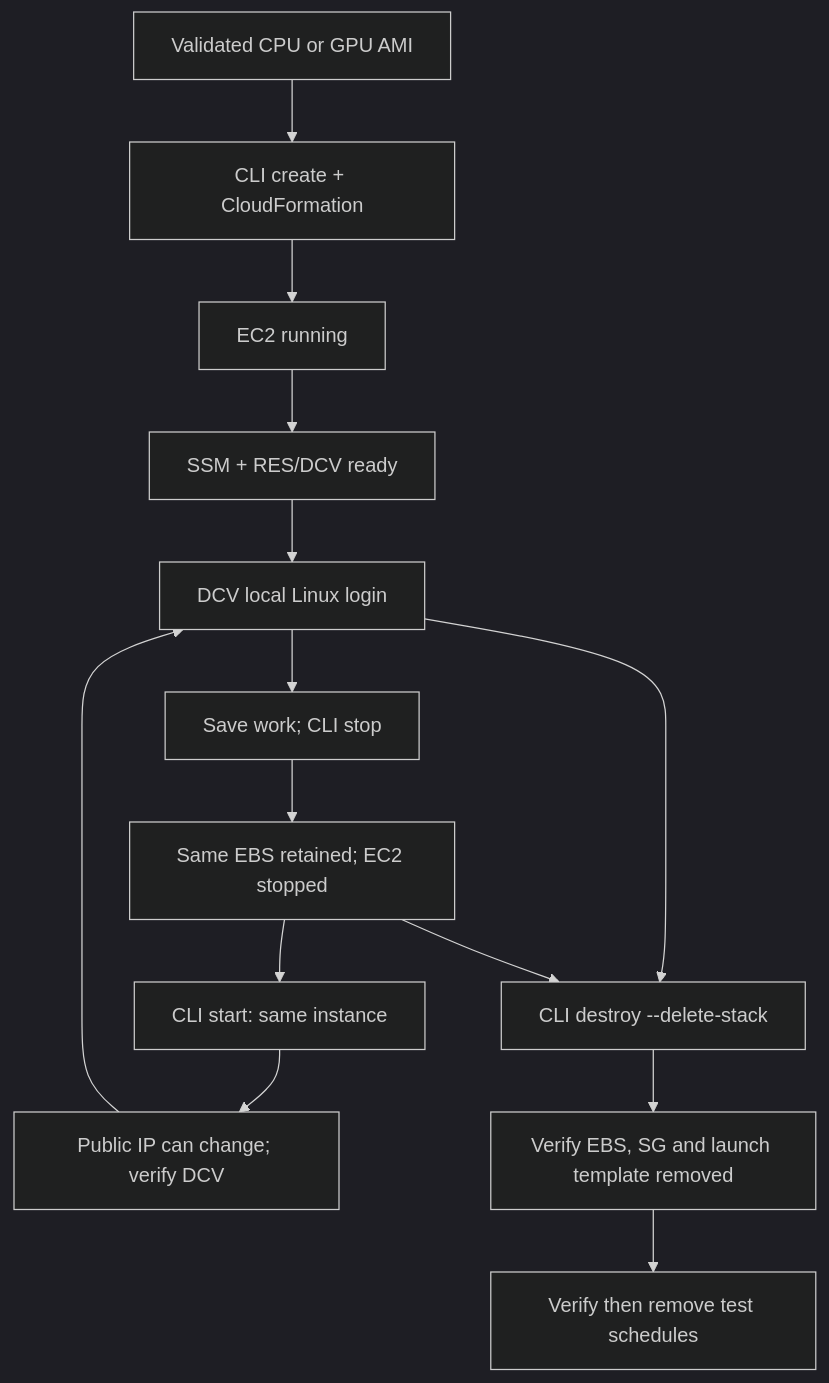
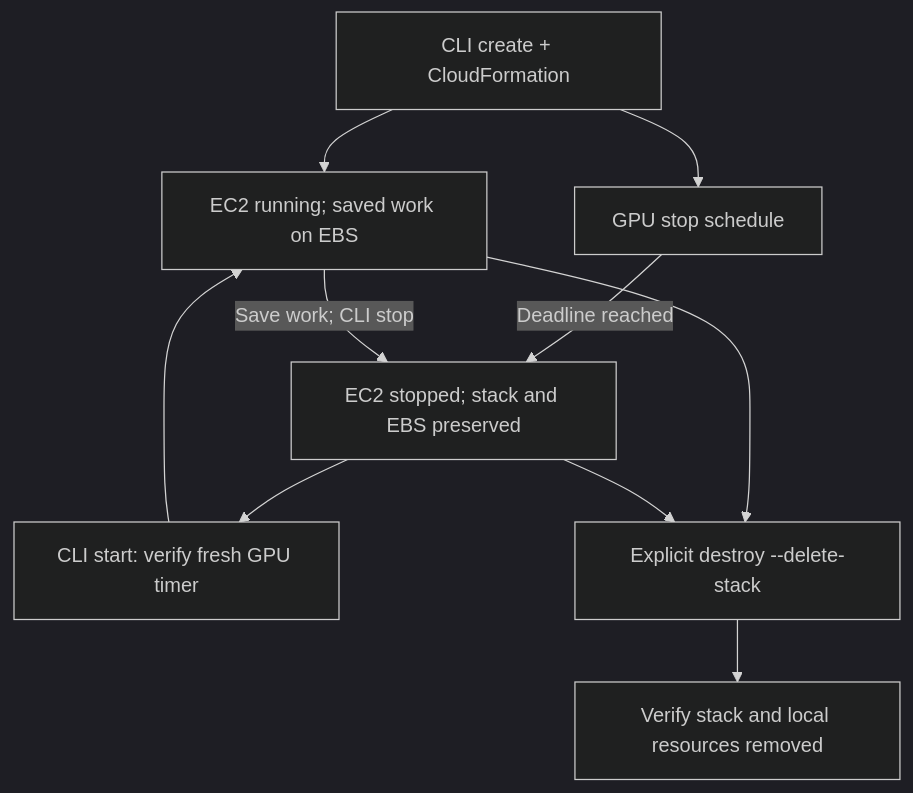
The diagram in docs/workstation-lifecycle-visual.md (vision-kwest/studio-workstation), drawn with Mermaid (dark theme) before and after one commit. The commit also changed other lines of this file and 25 other files, not shown here.

````diff
--- a/docs/workstation-lifecycle-visual.md
+++ b/docs/workstation-lifecycle-visual.md
@@ -5,16 +7,12 @@
 ```mermaid
 flowchart TD
-  AMI["Validated CPU or GPU AMI"] --> Create["CLI create + CloudFormation"]
-  Create --> Running["EC2 running"]
-  Running --> Ready["SSM + RES/DCV ready"]
-  Ready --> Connect["DCV local Linux login"]
-  Connect --> Stop["Save work; CLI stop"]
-  Stop --> Stopped["Same EBS retained; EC2 stopped"]
-  Stopped --> Start["CLI start: same instance"]
-  Start --> IP["Public IP can change; verify DCV"]
-  IP --> Connect
-  Connect --> Destroy["CLI destroy --delete-stack"]
+  Create["CLI create + CloudFormation"] --> Running["EC2 running; saved work on EBS"]
+  Create --> Timer["GPU stop schedule"]
+  Timer -->|"Deadline reached"| Stopped["EC2 stopped; stack and EBS preserved"]
+  Running -->|"Save work; CLI stop"| Stopped
+  Stopped --> Start["CLI start: verify fresh GPU timer"]
+  Start --> Running
+  Running --> Destroy["Explicit destroy --delete-stack"]
   Stopped --> Destroy
-  Destroy --> EBS["Verify EBS, SG and launch template removed"]
-  EBS --> Schedules["Verify then remove test schedules"]
+  Destroy --> Removed["Verify stack and local resources removed"]
 ```
````
